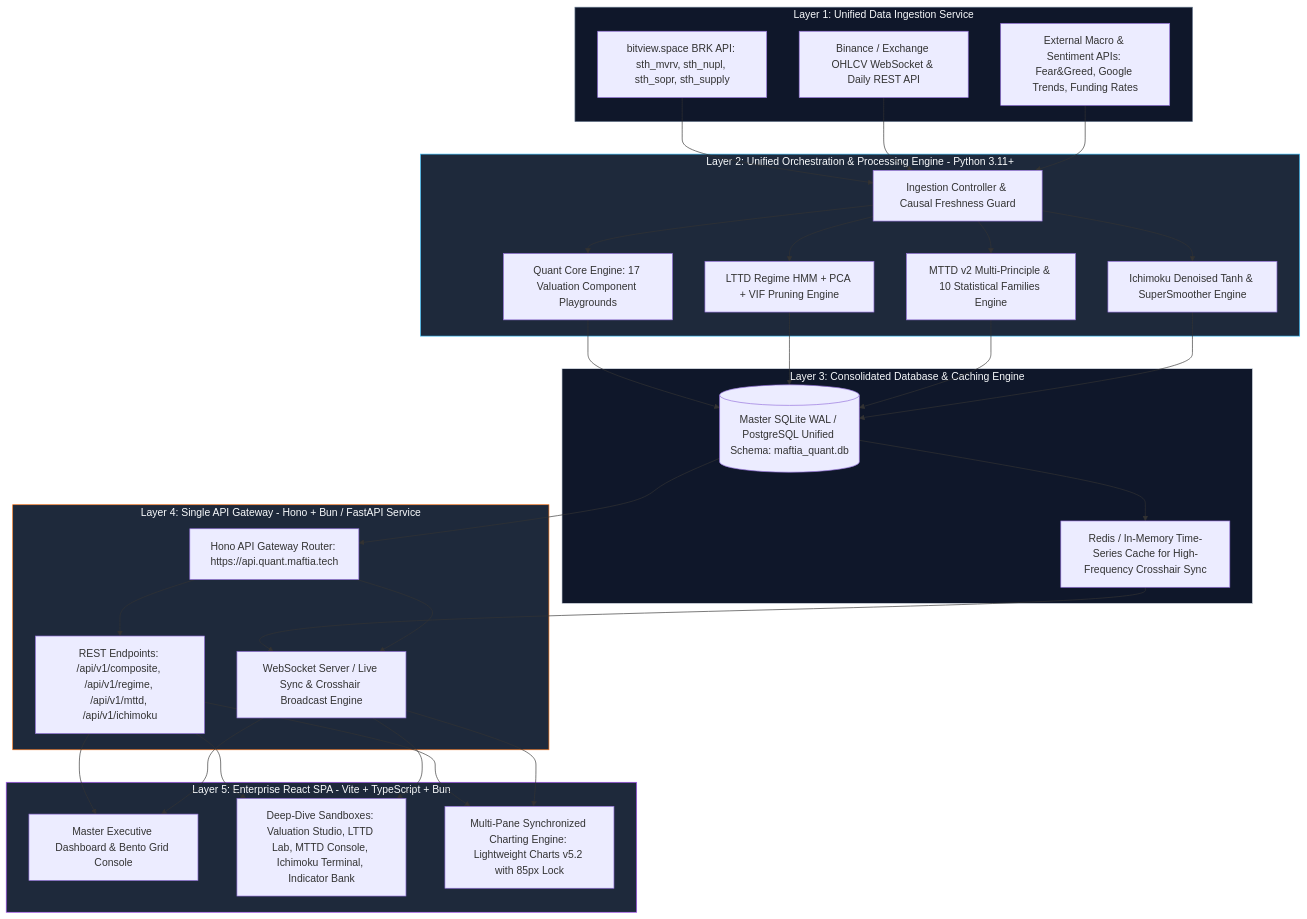
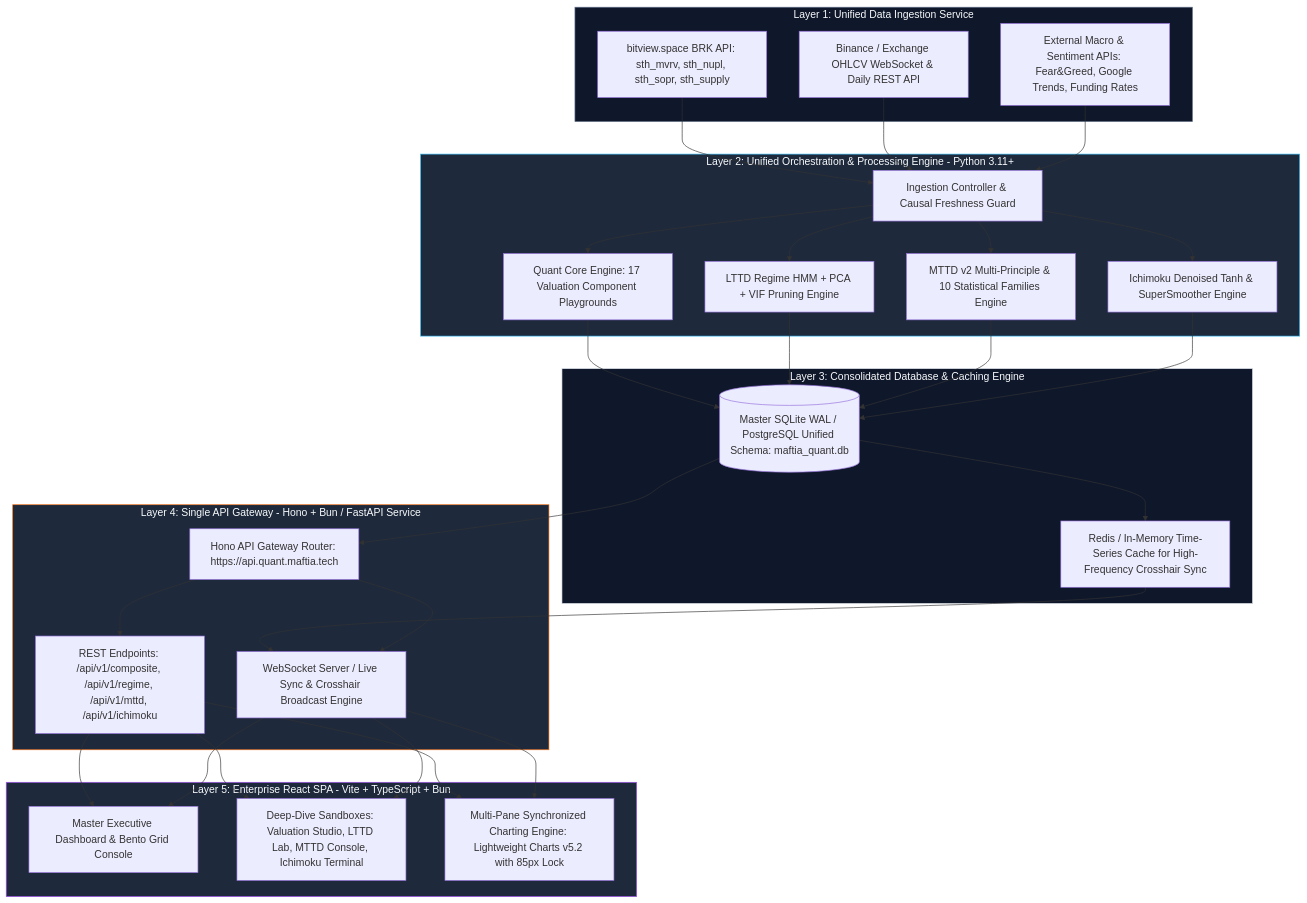
Before and after one commit to lutfi-zain/quant.maftia.tech: the first of 2 diagrams in UNIFIED_SYSTEM_ARCHITECTURE.md, drawn with Mermaid. The commit also changed other lines of this file and 19 other files, not shown here.

````diff
--- a/UNIFIED_SYSTEM_ARCHITECTURE.md
+++ b/UNIFIED_SYSTEM_ARCHITECTURE.md
@@ -26,48 +25,48 @@
 ```mermaid
 graph TB
     subgraph DataSources [Layer 1: Unified Data Ingestion Service]
         DS1[bitview.space BRK API: sth_mvrv, sth_nupl, sth_sopr, sth_supply]
         DS2[Binance / Exchange OHLCV WebSocket & Daily REST API]
         DS3[External Macro & Sentiment APIs: Fear&Greed, Google Trends, Funding Rates]
     end
 
     subgraph CoreETL [Layer 2: Unified Orchestration & Processing Engine - Python 3.11+]
         ETL1[Ingestion Controller & Causal Freshness Guard]
         ETL2[Quant Core Engine: 17 Valuation Component Playgrounds]
         ETL3[LTTD Regime HMM + PCA + VIF Pruning Engine]
         ETL4[MTTD v2 Multi-Principle & 10 Statistical Families Engine]
         ETL5[Ichimoku Denoised Tanh & SuperSmoother Engine]
         ETL1 --> ETL2 & ETL3 & ETL4 & ETL5
     end
 
     subgraph UnifiedStorage [Layer 3: Consolidated Database & Caching Engine]
         DB1[(Master SQLite WAL / PostgreSQL Unified Schema: maftia_quant.db)]
         CACHE[Redis / In-Memory Time-Series Cache for High-Frequency Crosshair Sync]
         ETL2 & ETL3 & ETL4 & ETL5 --> DB1
         DB1 --> CACHE
     end
 
     subgraph UnifiedGateway [Layer 4: Single API Gateway - Hono + Bun / FastAPI Service]
         GW1[Hono API Gateway Router: https://api.quant.maftia.tech]
         GW2[REST Endpoints: /api/v1/composite, /api/v1/regime, /api/v1/mttd, /api/v1/ichimoku]
         GW3[WebSocket Server / Live Sync & Crosshair Broadcast Engine]
         DB1 --> GW1
         CACHE --> GW3
         GW1 --> GW2 & GW3
     end
 
     subgraph UnifiedFrontend [Layer 5: Enterprise React SPA - Vite + TypeScript + Bun]
         UI1[Master Executive Dashboard & Bento Grid Console]
-        UI2[Deep-Dive Sandboxes: Valuation Studio, LTTD Lab, MTTD Console, Ichimoku Terminal, Indicator Bank]
+        UI2[Deep-Dive Sandboxes: Valuation Studio, LTTD Lab, MTTD Console, Ichimoku Terminal]
         UI3[Multi-Pane Synchronized Charting Engine: Lightweight Charts v5.2 with 85px Lock]
         GW2 & GW3 --> UI1 & UI2 & UI3
     end
 
     DS1 & DS2 & DS3 --> ETL1
 
     style DataSources fill:#0f172a,stroke:#64748b,color:#f8fafc
     style CoreETL fill:#1e293b,stroke:#38bdf8,color:#f8fafc
     style UnifiedStorage fill:#0f172a,stroke:#e2e8f0,color:#f8fafc
     style UnifiedGateway fill:#1e293b,stroke:#f97316,color:#f8fafc
     style UnifiedFrontend fill:#1e293b,stroke:#a855f7,color:#f8fafc
 ```
````
